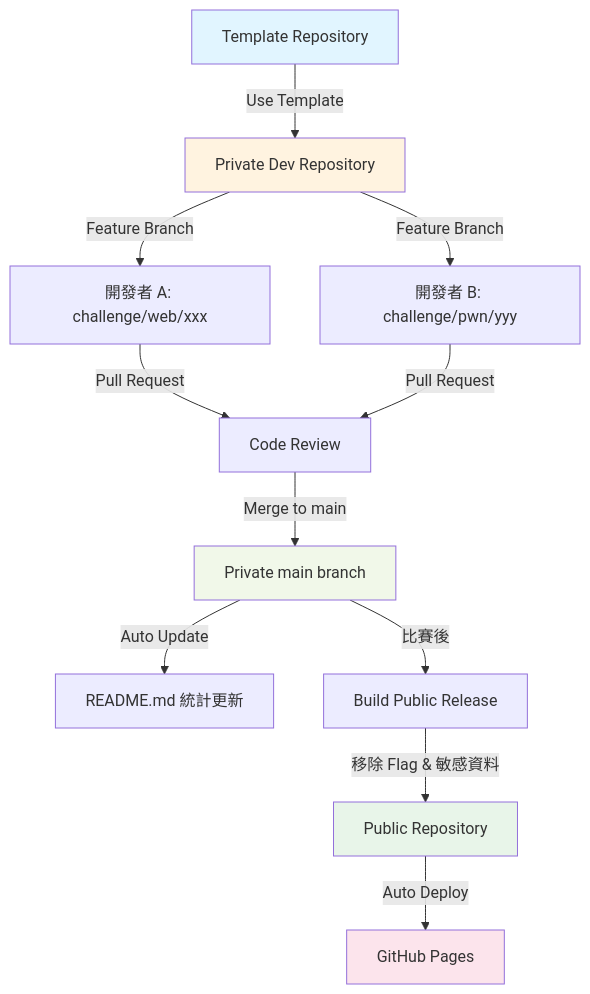
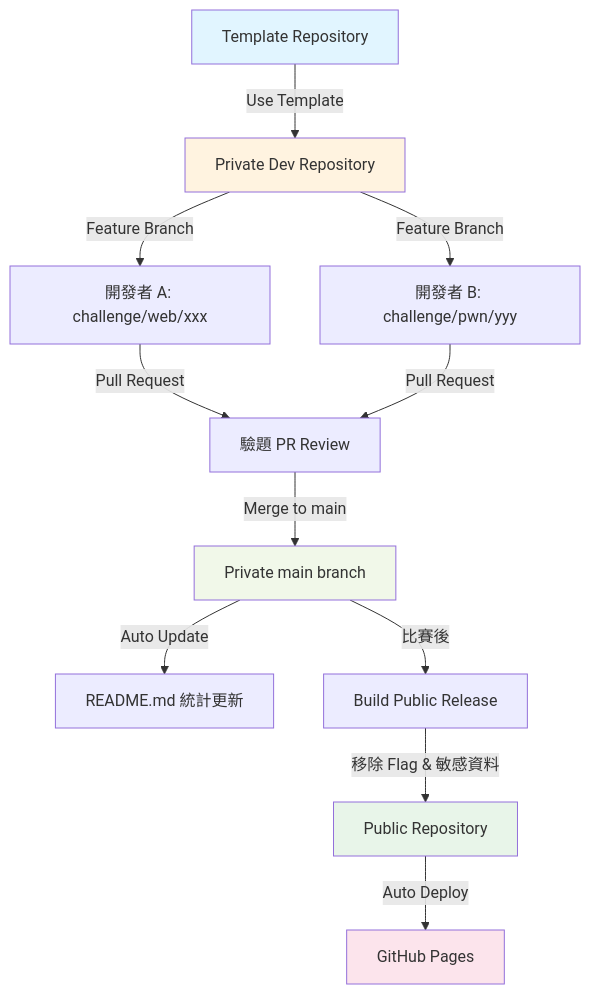
One commit to is1ab/is1ab-CTF-template changed the diagram in docs/ctf-challenge-workflow.md. Above: the diagram before and after it, drawn with Mermaid. The commit also changed other lines of this file, not shown here.

Commit message:
docs(workflow): 將「Code Review」改名為「驗題」並更新檢查清單

````diff
--- a/docs/ctf-challenge-workflow.md
+++ b/docs/ctf-challenge-workflow.md
@@ -21,19 +21,19 @@
 ```mermaid
 graph TB
     A[Template Repository] -->|Use Template| B[Private Dev Repository]
     B -->|Feature Branch| C[開發者 A: challenge/web/xxx]
     B -->|Feature Branch| D[開發者 B: challenge/pwn/yyy]
-    C -->|Pull Request| E[Code Review]
+    C -->|Pull Request| E[驗題 PR Review]
     D -->|Pull Request| E
     E -->|Merge to main| F[Private main branch]
     F -->|Auto Update| G[README.md 統計更新]
     F -->|比賽後| H[Build Public Release]
     H -->|移除 Flag & 敏感資料| I[Public Repository]
     I -->|Auto Deploy| J[GitHub Pages]
 
     style A fill:#e1f5ff
     style B fill:#fff3e0
     style F fill:#f1f8e9
     style I fill:#e8f5e9
     style J fill:#fce4ec
 ```
````
